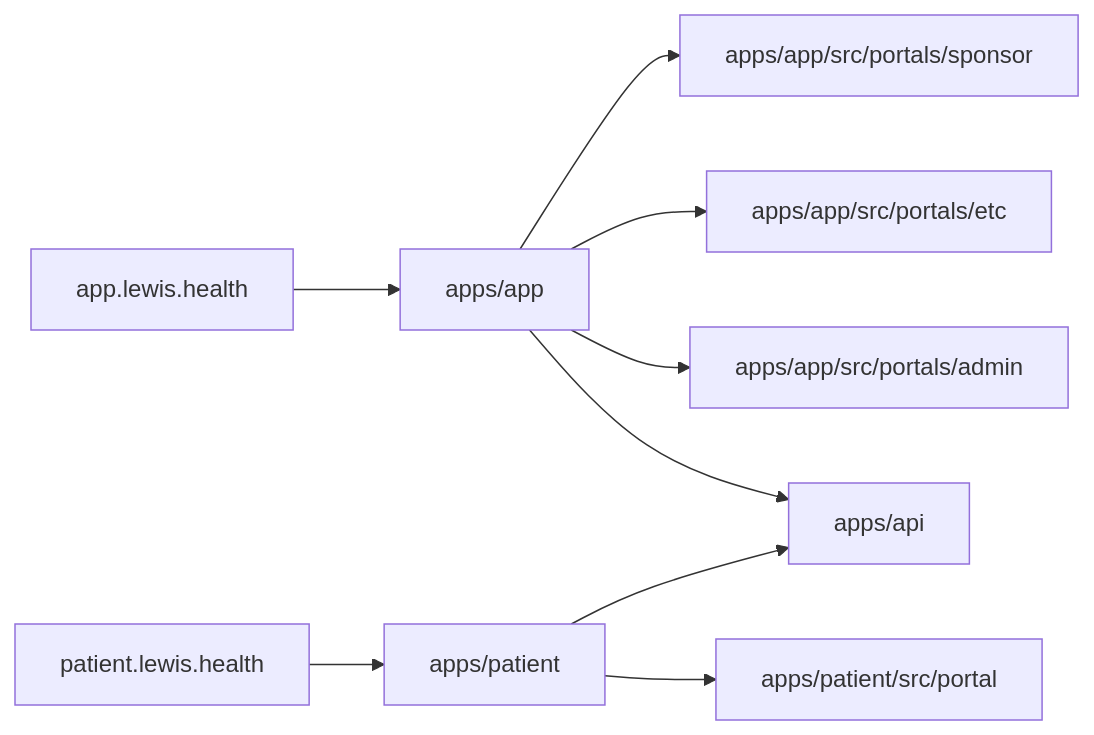
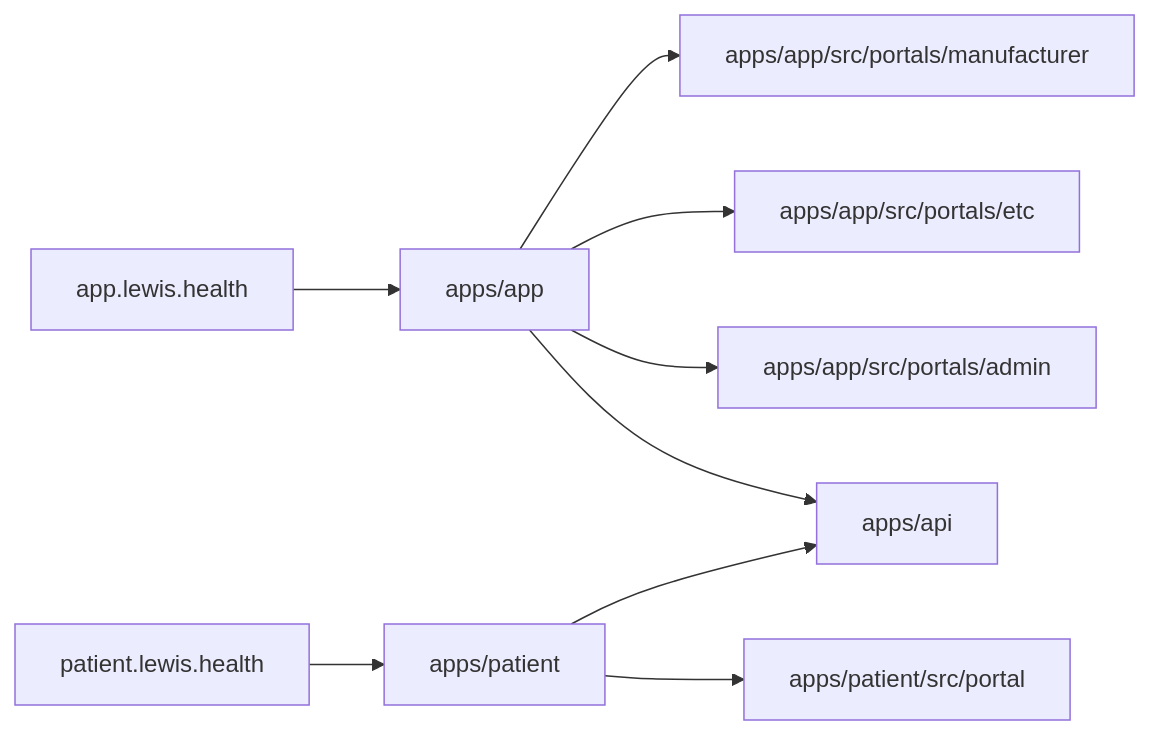
The diagram in docs/b2bprd.md (chiefnova/lewis), drawn with Mermaid before and after one commit. The commit also changed other lines of this file and 15 other files, not shown here.

````diff
--- a/docs/b2bprd.md
+++ b/docs/b2bprd.md
@@ -1366,11 +1366,11 @@
   ```mermaid
   flowchart LR
     AppHost[app.lewis.health] --> App[apps/app]
-    App --> Sponsor[apps/app/src/portals/sponsor]
+    App --> Manufacturer[apps/app/src/portals/manufacturer]
     App --> ETC[apps/app/src/portals/etc]
     App --> Admin[apps/app/src/portals/admin]
     PatientHost[patient.lewis.health] --> Patient[apps/patient]
     Patient --> PatientPortal[apps/patient/src/portal]
     App --> API[apps/api]
     Patient --> API
   ```
````
